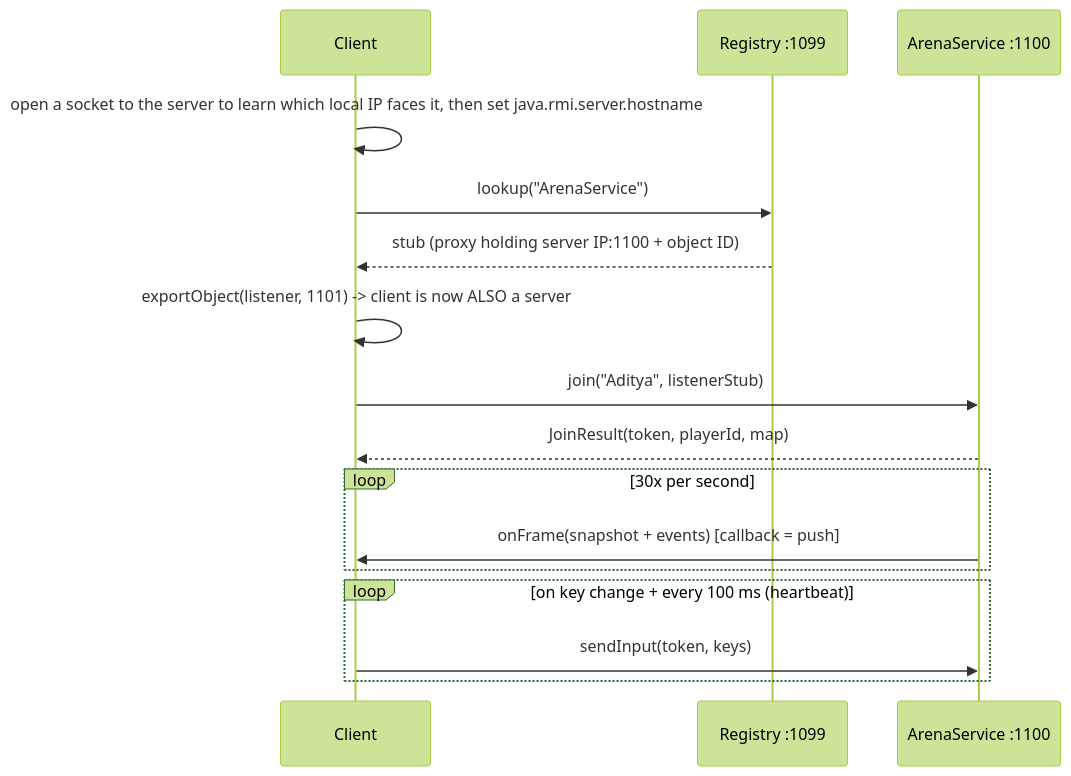
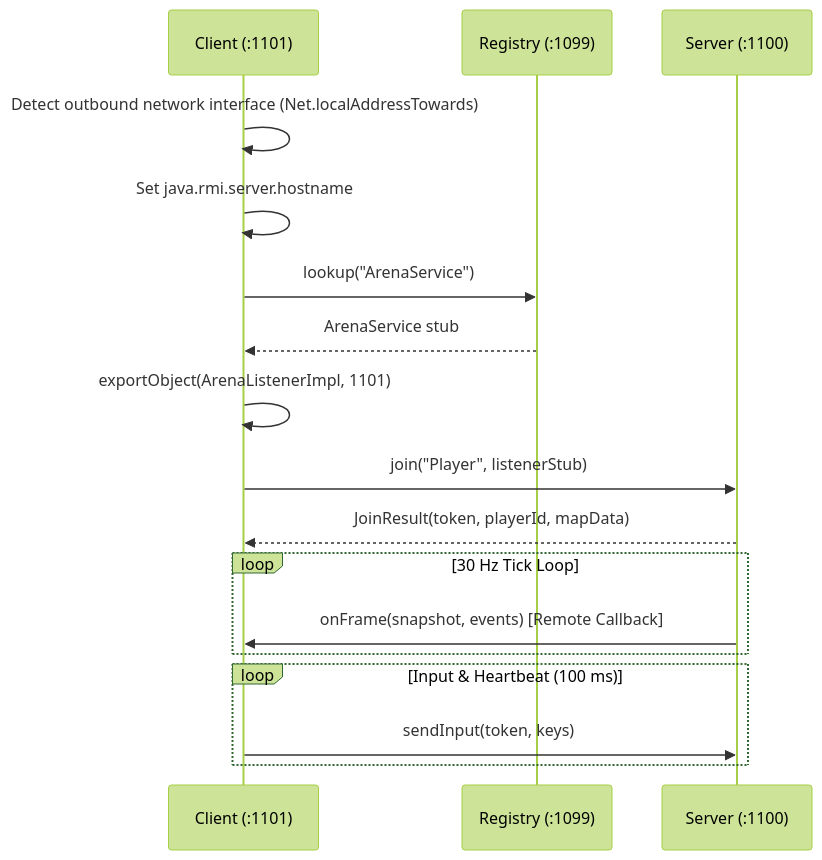
Before and after one commit to aditya-cherukuru/java-RMI: the diagram in README.md, drawn with Mermaid (forest theme). The commit also changed other lines of this file and 28 other files, not shown here.

````diff
--- a/README.md
+++ b/README.md
@@ -116,18 +113,20 @@
 ```mermaid
 sequenceDiagram
-    participant C as Client
-    participant R as Registry :1099
-    participant S as ArenaService :1100
-    C->>C: open a socket to the server to learn which local IP faces it, then set java.rmi.server.hostname
+    participant C as Client (:1101)
+    participant R as Registry (:1099)
+    participant S as Server (:1100)
+
+    C->>C: Detect outbound network interface (Net.localAddressTowards)
+    C->>C: Set java.rmi.server.hostname
     C->>R: lookup("ArenaService")
-    R-->>C: stub (proxy holding server IP:1100 + object ID)
-    C->>C: exportObject(listener, 1101)  -> client is now ALSO a server
-    C->>S: join("Aditya", listenerStub)
-    S-->>C: JoinResult(token, playerId, map)
-    loop 30x per second
-        S->>C: onFrame(snapshot + events)   [callback = push]
+    R-->>C: ArenaService stub
+    C->>C: exportObject(ArenaListenerImpl, 1101)
+    C->>S: join("Player", listenerStub)
+    S-->>C: JoinResult(token, playerId, mapData)
+    loop 30 Hz Tick Loop
+        S->>C: onFrame(snapshot, events) [Remote Callback]
     end
-    loop on key change + every 100 ms (heartbeat)
+    loop Input & Heartbeat (100 ms)
         C->>S: sendInput(token, keys)
     end
 ```
````
